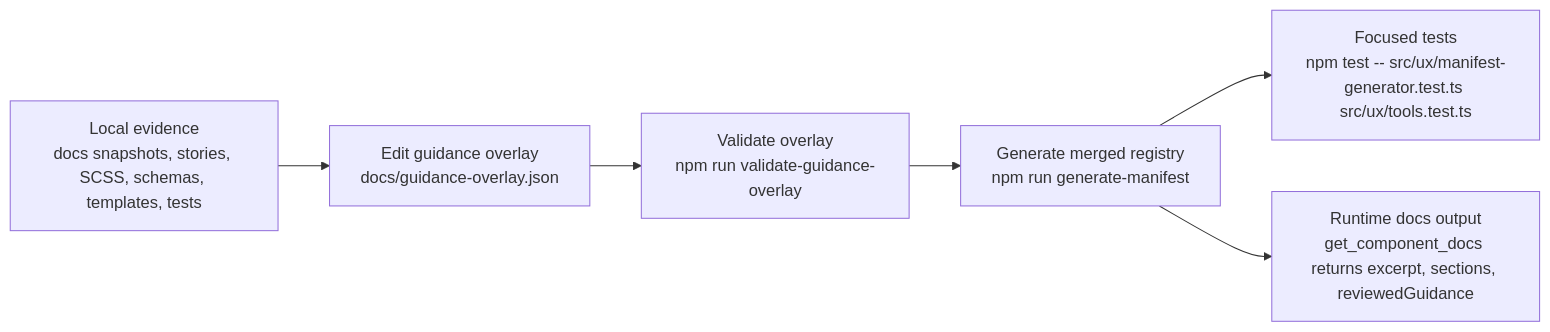
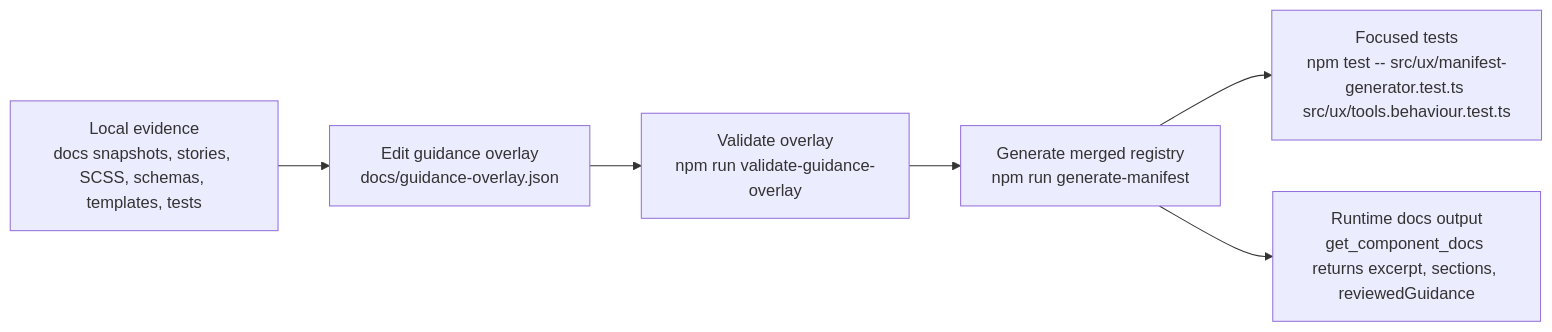
Before and after one commit to leonio/kern-ux-mcp: the diagram in docs/guidance-overlay-workflow.md, drawn with Mermaid. The commit also changed other lines of this file and 2 other files, not shown here.

Commit message:
docs: update with latest dev/libs updates

````diff
--- a/docs/guidance-overlay-workflow.md
+++ b/docs/guidance-overlay-workflow.md
@@ -9,8 +9,8 @@
 ```mermaid
 flowchart LR
    A[Local evidence\ndocs snapshots, stories, SCSS, schemas, templates, tests] --> B[Edit guidance overlay\ndocs/guidance-overlay.json]
    B --> C[Validate overlay\nnpm run validate-guidance-overlay]
    C --> D[Generate merged registry\nnpm run generate-manifest]
-   D --> E[Focused tests\nnpm test -- src/ux/manifest-generator.test.ts src/ux/tools.test.ts]
+   D --> E[Focused tests\nnpm test -- src/ux/manifest-generator.test.ts src/ux/tools.behaviour.test.ts]
    D --> F[Runtime docs output\nget_component_docs returns excerpt, sections, reviewedGuidance]
 ```
````
